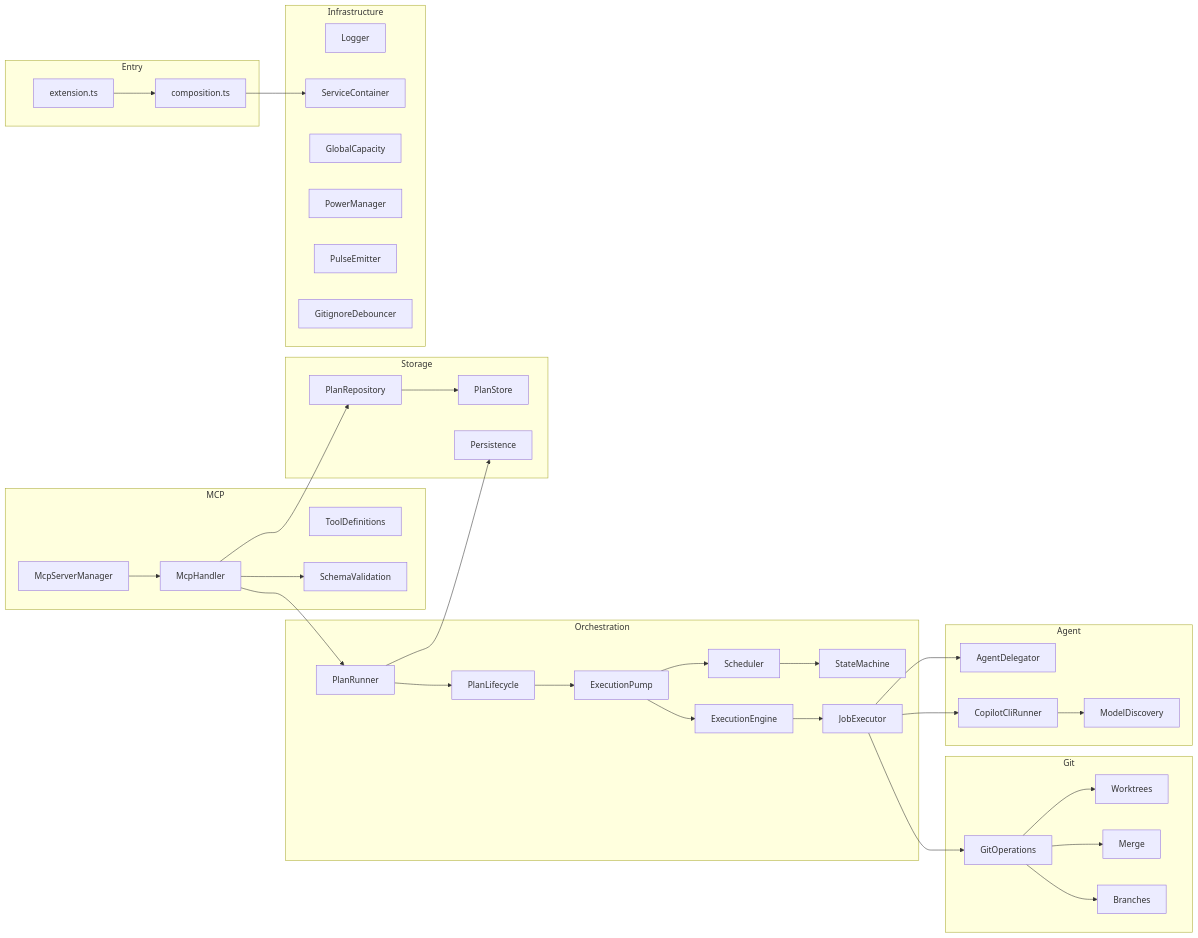
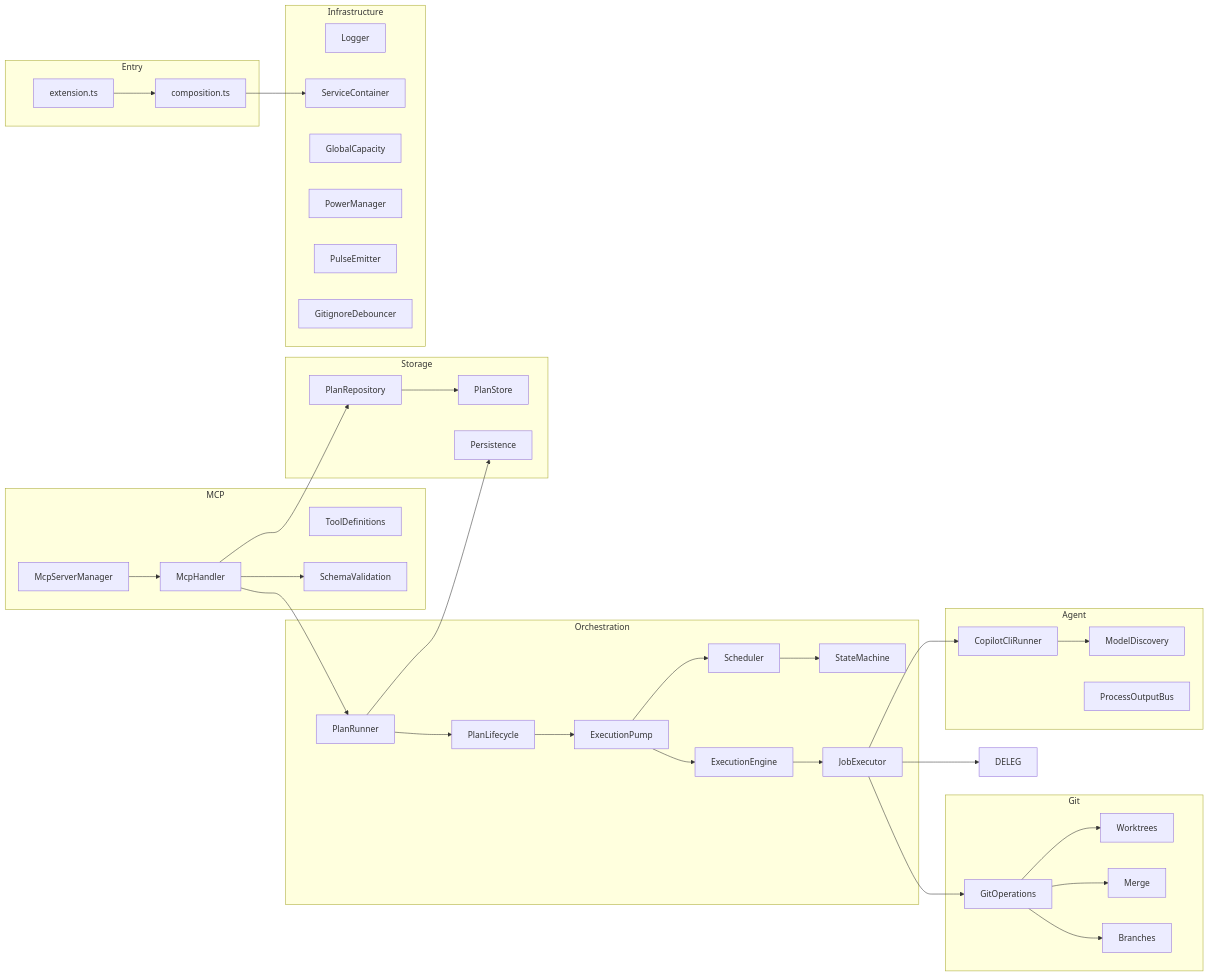
Diagram 11 of 24 in docs/ARCHITECTURE.md (JeromySt/vscode-copilot-orchestrator), drawn with Mermaid before and after one commit. The commit also changed other lines of this file and 211 other files, not shown here.

First line of the commit message:
feat: v0.16.0  Context Pressure Management, Process Output Bus, UI Pub/Sub Migration, Effort Hints

````diff
--- a/docs/ARCHITECTURE.md
+++ b/docs/ARCHITECTURE.md
@@ -690,79 +690,79 @@
 ```mermaid
 graph LR
     subgraph "Entry"
         EXT[extension.ts]
         COMP[composition.ts]
     end
 
     subgraph "Orchestration"
         PR[PlanRunner]
         LC[PlanLifecycle]
         PUMP[ExecutionPump]
         SM[StateMachine]
         SCH[Scheduler]
         ENG[ExecutionEngine]
         EXEC[JobExecutor]
     end
 
     subgraph "MCP"
         MGR[McpServerManager]
         HAND[McpHandler]
         TOOLS[ToolDefinitions]
         VAL[SchemaValidation]
     end
 
     subgraph "Storage"
         REPO[PlanRepository]
         STORE[PlanStore]
         PERS[Persistence]
     end
 
     subgraph "Git"
         GITOPS[GitOperations]
         WT[Worktrees]
         MRG[Merge]
         BR[Branches]
     end
 
     subgraph "Agent"
-        DELEG[AgentDelegator]
         COPRUN[CopilotCliRunner]
         DISC[ModelDiscovery]
+        POB[ProcessOutputBus]
     end
 
     subgraph "Infrastructure"
         LOG[Logger]
         CONT[ServiceContainer]
         GLOB[GlobalCapacity]
         PWR[PowerManager]
         PULSE[PulseEmitter]
         GITDEB[GitignoreDebouncer]
     end
 
     EXT --> COMP
     COMP --> CONT
 
     PR --> LC
     PR --> PERS
     LC --> PUMP
     PUMP --> SCH
     PUMP --> ENG
     SCH --> SM
     ENG --> EXEC
 
     EXEC --> GITOPS
     EXEC --> COPRUN
     EXEC --> DELEG
 
     HAND --> PR
     HAND --> REPO
     HAND --> VAL
     MGR --> HAND
 
     REPO --> STORE
     GITOPS --> WT
     GITOPS --> MRG
     GITOPS --> BR
 
     COPRUN --> DISC
 ```
````
